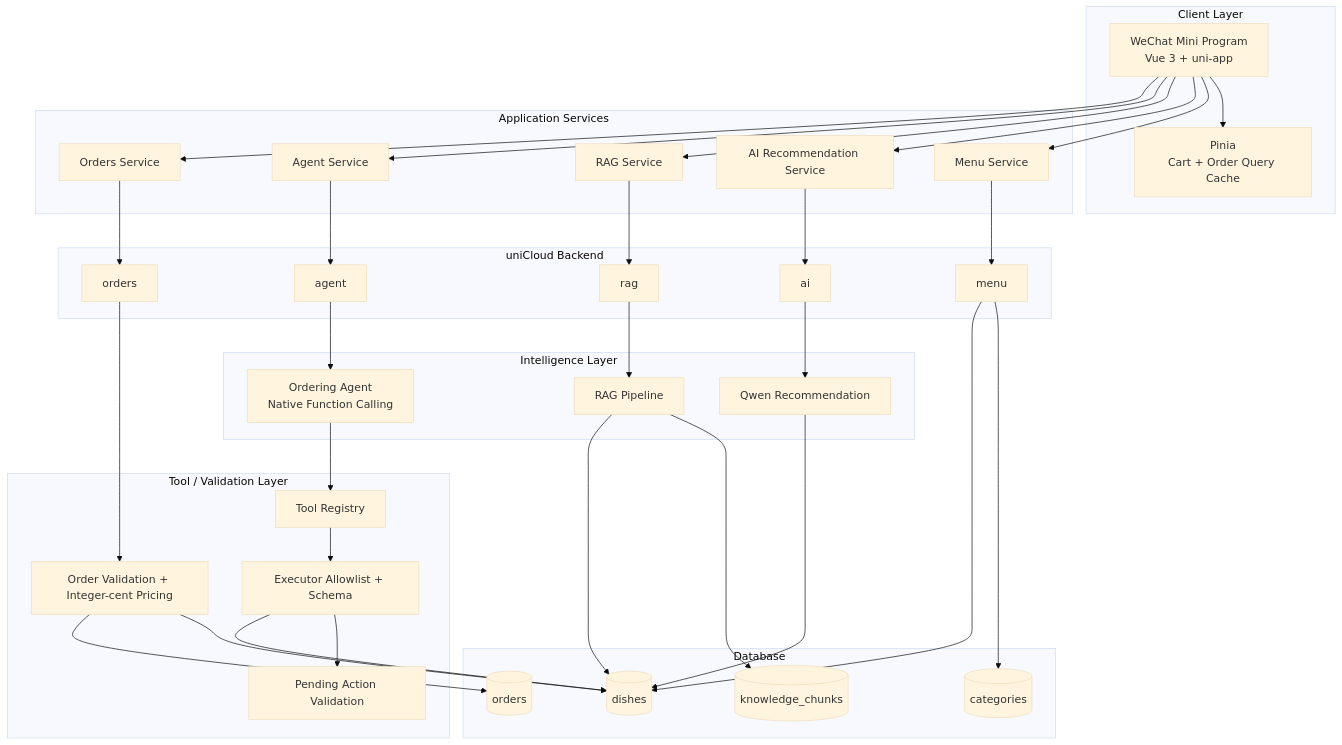
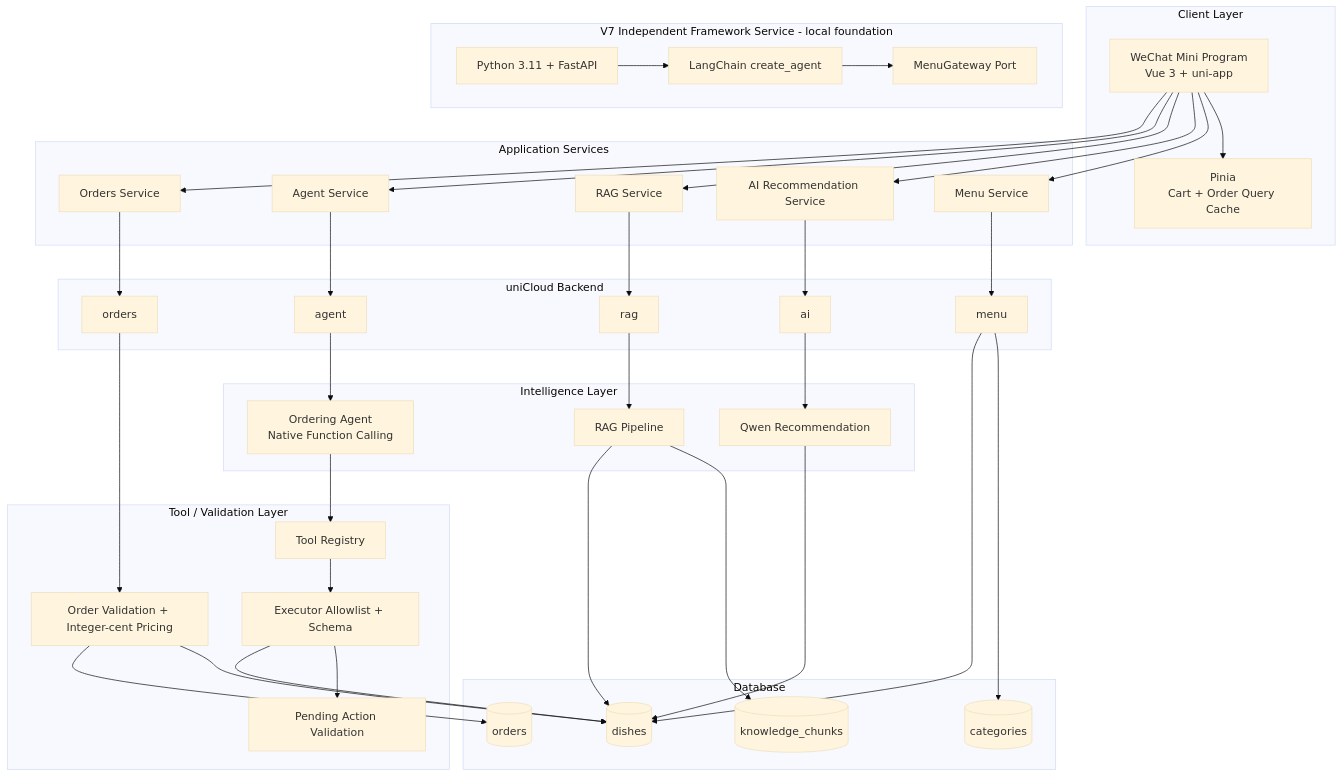
Before and after one commit to LI-ZONGRUI/smart-ordering-agent: the first of 3 diagrams in docs/ARCHITECTURE.md, drawn with Mermaid (base theme). The commit also changed other lines of this file and 30 other files, not shown here.

Commit message:
feat: add Python LangChain agent foundation

````diff
--- a/docs/ARCHITECTURE.md
+++ b/docs/ARCHITECTURE.md
@@ -15,70 +20,77 @@
 ```mermaid
 graph TB
   subgraph Client[Client Layer]
     WX[WeChat Mini Program<br/>Vue 3 + uni-app]
     PINIA[Pinia<br/>Cart + Order Query Cache]
   end
 
   subgraph Services[Application Services]
     MS[Menu Service]
     AIS[AI Recommendation Service]
     RS[RAG Service]
     AS[Agent Service]
     OS[Orders Service]
   end
 
   subgraph Intelligence[Intelligence Layer]
     REC[Qwen Recommendation]
     RAG[RAG Pipeline]
     AG[Ordering Agent<br/>Native Function Calling]
+  end
+
+  subgraph FutureFramework[V7 Independent Framework Service - local foundation]
+    FASTAPI[Python 3.11 + FastAPI]
+    LC[LangChain create_agent]
+    GW[MenuGateway Port]
+    FASTAPI --> LC --> GW
   end
 
   subgraph Validation[Tool / Validation Layer]
     REG[Tool Registry]
     EXE[Executor Allowlist + Schema]
     ACT[Pending Action Validation]
     PRICE[Order Validation + Integer-cent Pricing]
   end
 
   subgraph Cloud[uniCloud Backend]
     MENU[menu]
     AI[ai]
     RAGOBJ[rag]
     AGOBJ[agent]
     ORD[orders]
   end
 
   subgraph DB[Database]
     C[(categories)]
     D[(dishes)]
     K[(knowledge_chunks)]
     O[(orders)]
   end
 
   WX --> PINIA
   WX --> MS
   WX --> AIS
   WX --> RS
   WX --> AS
   WX --> OS
   MS --> MENU
   AIS --> AI
   RS --> RAGOBJ
   AS --> AGOBJ
   OS --> ORD
 
   AI --> REC
   RAGOBJ --> RAG
   AGOBJ --> AG
   AG --> REG --> EXE --> ACT
   ORD --> PRICE
 
   MENU --> C
   MENU --> D
   REC --> D
   RAG --> K
   RAG --> D
   EXE --> D
   PRICE --> D
   PRICE --> O
 ```
````
